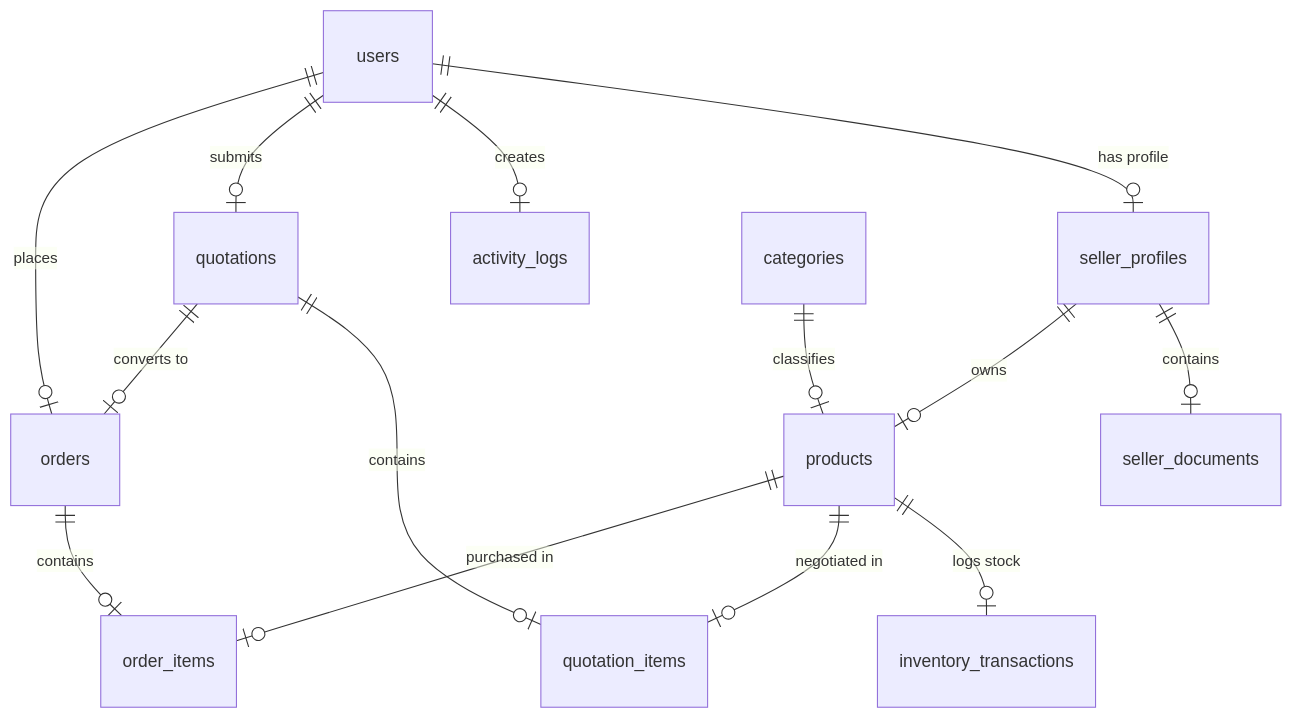
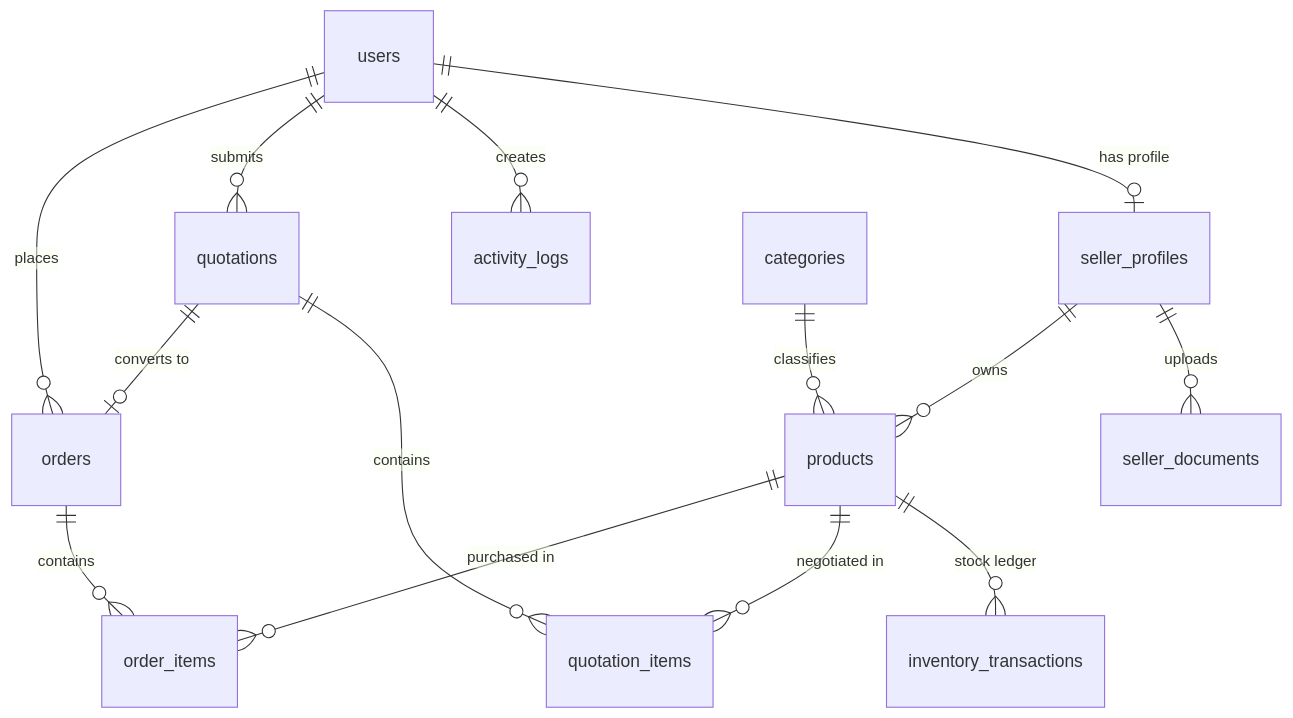
Before and after one commit to Navjot-kr-Singh/AasaMedChem: the diagram in README.md, drawn with Mermaid. The commit also changed other lines of this file, not shown here.

````diff
--- a/README.md
+++ b/README.md
@@ -68,20 +350,20 @@
 ```mermaid
 erDiagram
     users ||--o| seller_profiles : "has profile"
-    users ||--o| activity_logs : "creates"
-    users ||--o| quotations : "submits"
-    users ||--o| orders : "places"
-    
-    seller_profiles ||--o| seller_documents : "contains"
-    seller_profiles ||--o| products : "owns"
-    categories ||--o| products : "classifies"
-    
-    products ||--o| inventory_transactions : "logs stock"
-    products ||--o| quotation_items : "negotiated in"
-    products ||--o| order_items : "purchased in"
-    
-    quotations ||--o| quotation_items : "contains"
+    users ||--o{ activity_logs : "creates"
+    users ||--o{ quotations : "submits"
+    users ||--o{ orders : "places"
+
+    seller_profiles ||--o{ seller_documents : "uploads"
+    seller_profiles ||--o{ products : "owns"
+    categories ||--o{ products : "classifies"
+
+    products ||--o{ inventory_transactions : "stock ledger"
+    products ||--o{ quotation_items : "negotiated in"
+    products ||--o{ order_items : "purchased in"
+
+    quotations ||--o{ quotation_items : "contains"
     quotations ||--o| orders : "converts to"
-    
-    orders ||--o| order_items : "contains"
+
+    orders ||--o{ order_items : "contains"
 ```
````
